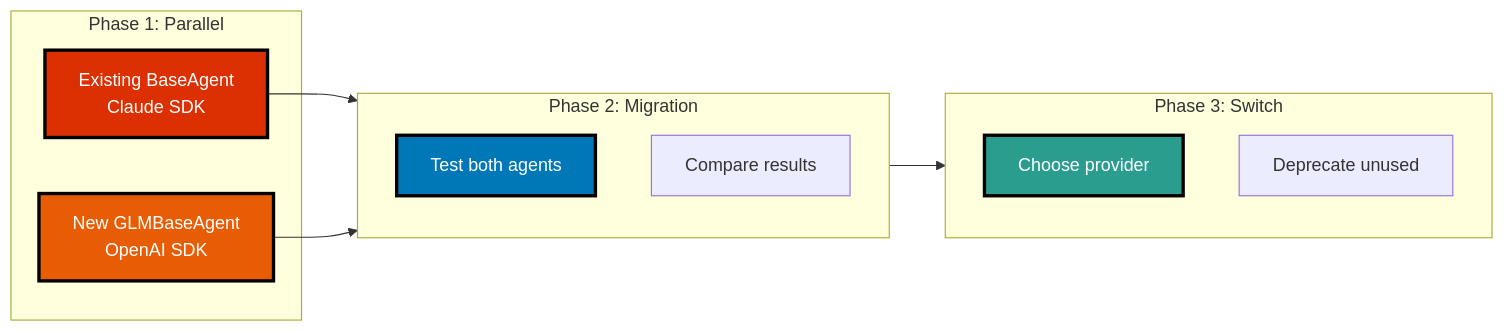
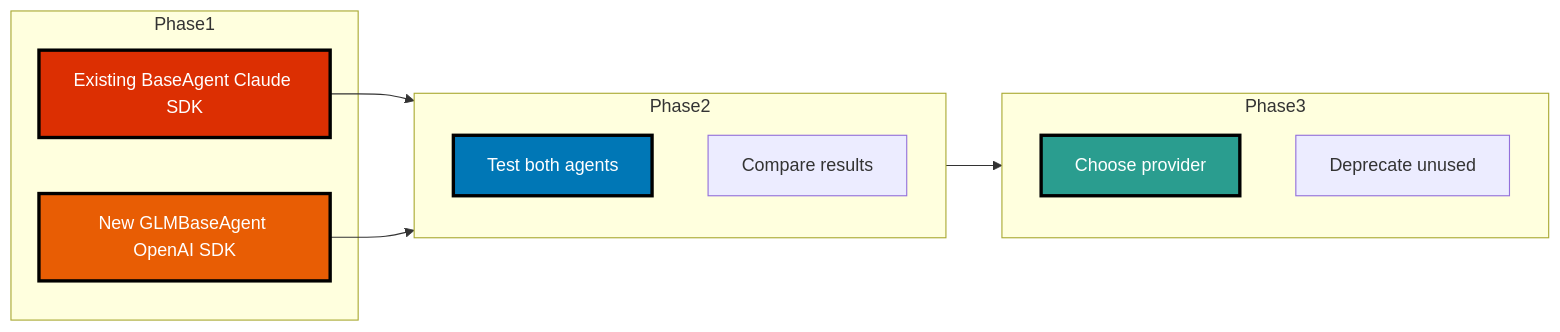
Before and after one commit to whezagl/convex-poc: the fourth of 4 diagrams in docs/GLM-4.7_INTEGRATION_RESEARCH.md, drawn with Mermaid. The commit also changed other lines of this file and 5 other files, not shown here.

First line of the commit message:
feat: add GLMBaseAgent with GLM-4.7 integration

````diff
--- a/docs/GLM-4.7_INTEGRATION_RESEARCH.md
+++ b/docs/GLM-4.7_INTEGRATION_RESEARCH.md
@@ -282,26 +282,26 @@
 ```mermaid
 flowchart LR
-    subgraph Phase1["Phase 1: Parallel"]
-        CURRENT[Existing BaseAgent<br/>Claude SDK]
-        NEW[New GLMBaseAgent<br/>OpenAI SDK]
+    subgraph Phase1
+        CURRENT[Existing BaseAgent Claude SDK]
+        NEW[New GLMBaseAgent OpenAI SDK]
     end
 
-    subgraph Phase2["Phase 2: Migration"]
+    subgraph Phase2
         TEST[Test both agents]
         COMPARE[Compare results]
     end
 
-    subgraph Phase3["Phase 3: Switch"]
+    subgraph Phase3
         SELECT[Choose provider]
         DEP[Deprecate unused]
     end
 
     CURRENT --> Phase2
     NEW --> Phase2
     Phase2 --> Phase3
 
     style CURRENT fill:#DC2F02,stroke:#000,stroke-width:3px,color:#fff
     style NEW fill:#E85D04,stroke:#000,stroke-width:3px,color:#fff
     style TEST fill:#0077B6,stroke:#000,stroke-width:3px,color:#fff
     style SELECT fill:#2A9D8F,stroke:#000,stroke-width:3px,color:#fff
 ```
````
